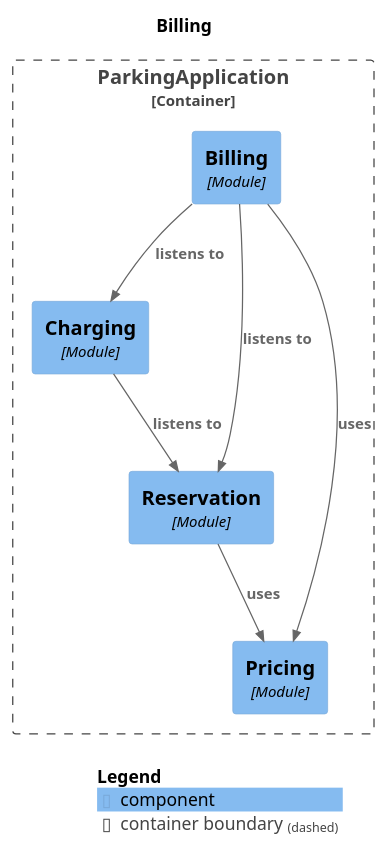
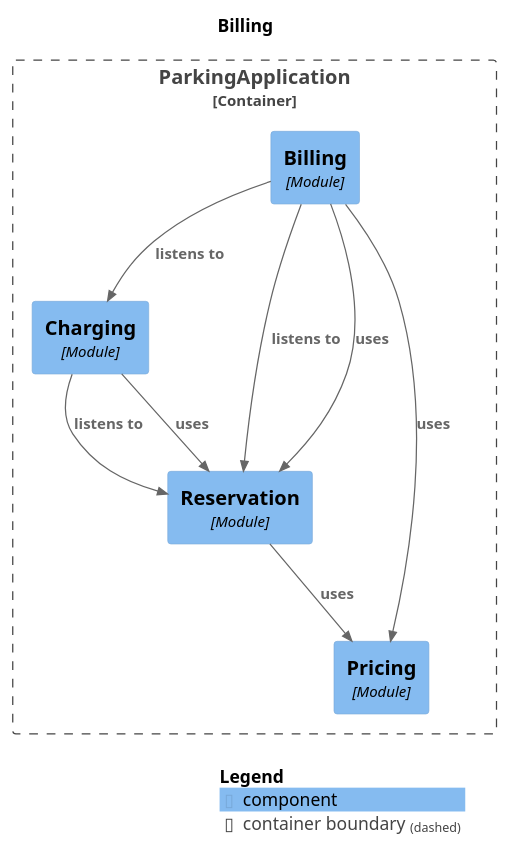
Before and after one commit to VladTZY/Erasmus-CarParking: the diagram in target/spring-modulith-docs/module-billing.puml, drawn with PlantUML. The commit also changed 80 other files, not shown here.

```diff
--- a/target/spring-modulith-docs/module-billing.puml
+++ b/target/spring-modulith-docs/module-billing.puml
@@ -1,25 +1,27 @@
 @startuml
 set separator none
 title Billing
 
 top to bottom direction
 
 !include <C4/C4>
 !include <C4/C4_Context>
 !include <C4/C4_Component>
 
 Container_Boundary("ParkingApplication.ParkingApplication_boundary", "ParkingApplication", $tags="") {
   Component(ParkingApplication.ParkingApplication.Billing, "Billing", $techn="Module", $descr="", $tags="", $link="")
   Component(ParkingApplication.ParkingApplication.Charging, "Charging", $techn="Module", $descr="", $tags="", $link="")
   Component(ParkingApplication.ParkingApplication.Pricing, "Pricing", $techn="Module", $descr="", $tags="", $link="")
   Component(ParkingApplication.ParkingApplication.Reservation, "Reservation", $techn="Module", $descr="", $tags="", $link="")
 }
 
+Rel(ParkingApplication.ParkingApplication.Reservation, ParkingApplication.ParkingApplication.Pricing, "uses", $techn="", $tags="", $link="")
 Rel(ParkingApplication.ParkingApplication.Charging, ParkingApplication.ParkingApplication.Reservation, "listens to", $techn="", $tags="", $link="")
-Rel(ParkingApplication.ParkingApplication.Reservation, ParkingApplication.ParkingApplication.Pricing, "uses", $techn="", $tags="", $link="")
+Rel(ParkingApplication.ParkingApplication.Charging, ParkingApplication.ParkingApplication.Reservation, "uses", $techn="", $tags="", $link="")
+Rel(ParkingApplication.ParkingApplication.Billing, ParkingApplication.ParkingApplication.Reservation, "listens to", $techn="", $tags="", $link="")
 Rel(ParkingApplication.ParkingApplication.Billing, ParkingApplication.ParkingApplication.Charging, "listens to", $techn="", $tags="", $link="")
-Rel(ParkingApplication.ParkingApplication.Billing, ParkingApplication.ParkingApplication.Reservation, "listens to", $techn="", $tags="", $link="")
+Rel(ParkingApplication.ParkingApplication.Billing, ParkingApplication.ParkingApplication.Reservation, "uses", $techn="", $tags="", $link="")
 Rel(ParkingApplication.ParkingApplication.Billing, ParkingApplication.ParkingApplication.Pricing, "uses", $techn="", $tags="", $link="")
 
 SHOW_LEGEND(true)
 @enduml
```
